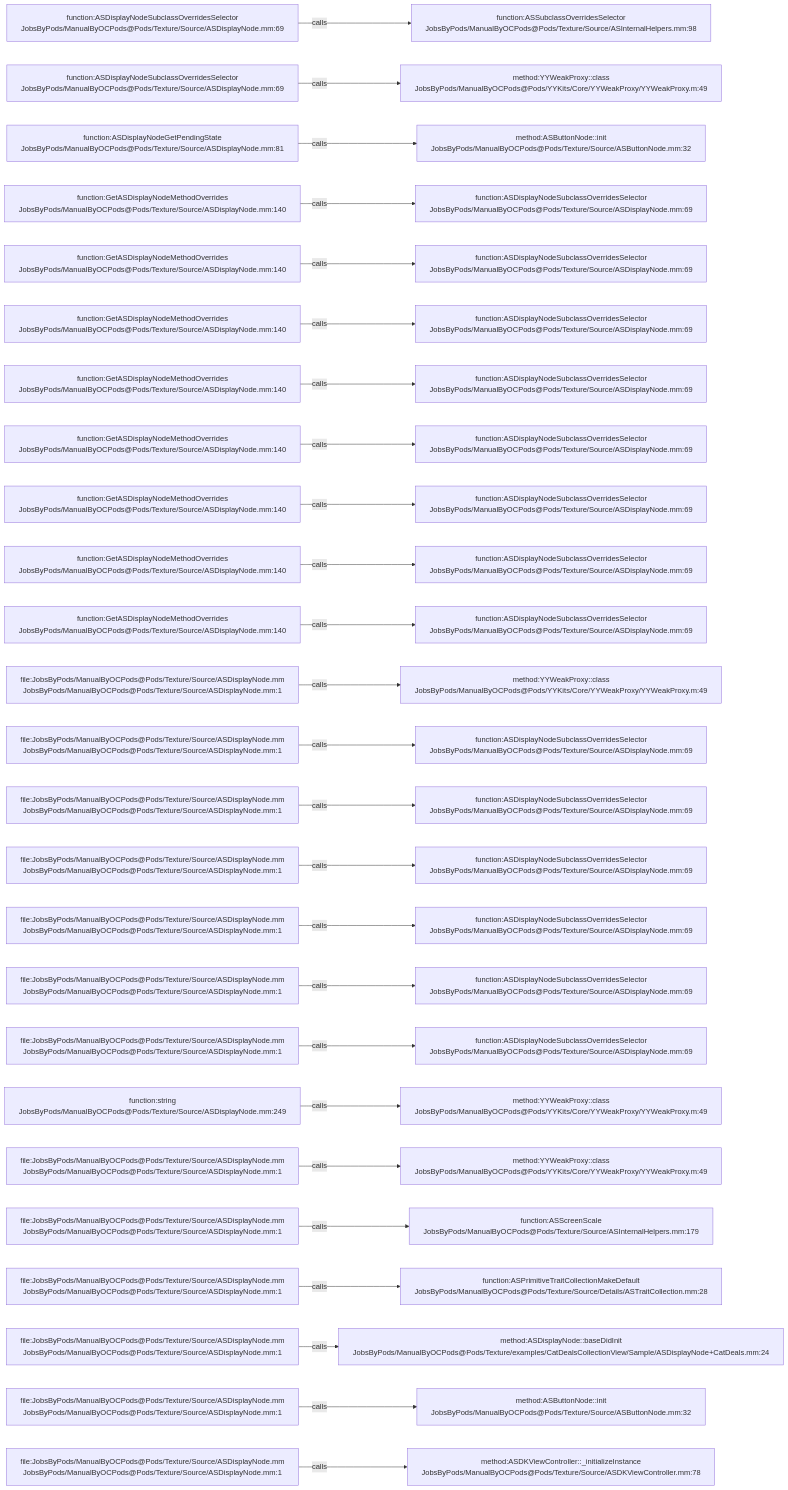
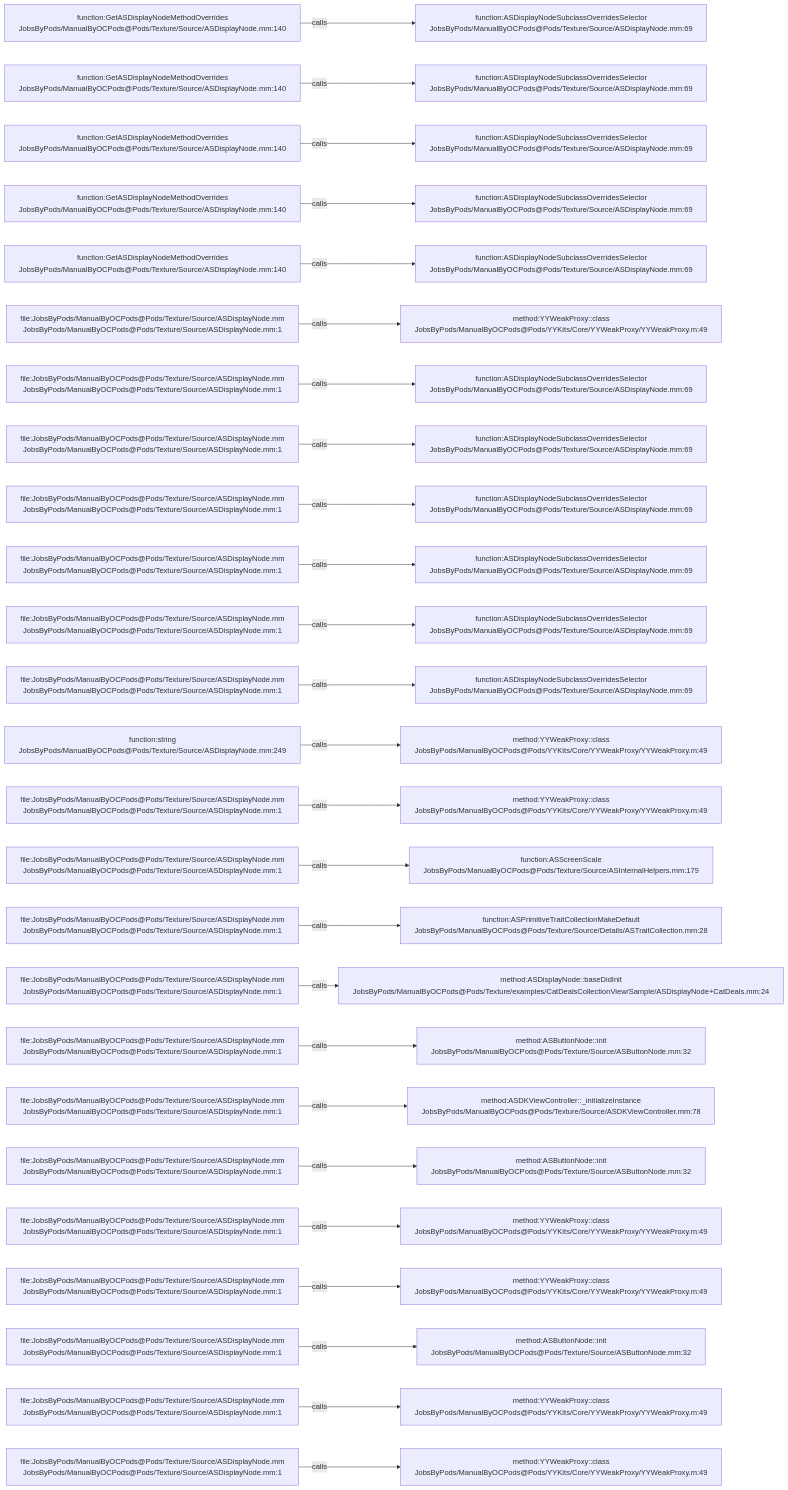
One commit to JobsKits/JobsOCBaseConfigDemo changed the diagram in .codegraph/codegraph.md/graphs/calls-088.md. Above: the diagram before and after it, drawn with Mermaid. The commit also changed 666 other files, not shown here.

````diff
--- a/.codegraph/codegraph.md/graphs/calls-088.md
+++ b/.codegraph/codegraph.md/graphs/calls-088.md
@@ -13,78 +13,78 @@
 ```mermaid
 flowchart LR
-  S1["function:ASDisplayNodeSubclassOverridesSelector<br/>JobsByPods/ManualByOCPods@Pods/Texture/Source/ASDisplayNode.mm:69"]
-  T1["function:ASSubclassOverridesSelector<br/>JobsByPods/ManualByOCPods@Pods/Texture/Source/ASInternalHelpers.mm:98"]
+  S1["function:GetASDisplayNodeMethodOverrides<br/>JobsByPods/ManualByOCPods@Pods/Texture/Source/ASDisplayNode.mm:140"]
+  T1["function:ASDisplayNodeSubclassOverridesSelector<br/>JobsByPods/ManualByOCPods@Pods/Texture/Source/ASDisplayNode.mm:69"]
   S1 -->|calls| T1
-  S2["function:ASDisplayNodeSubclassOverridesSelector<br/>JobsByPods/ManualByOCPods@Pods/Texture/Source/ASDisplayNode.mm:69"]
-  T2["method:YYWeakProxy::class<br/>JobsByPods/ManualByOCPods@Pods/YYKits/Core/YYWeakProxy/YYWeakProxy.m:49"]
+  S2["function:GetASDisplayNodeMethodOverrides<br/>JobsByPods/ManualByOCPods@Pods/Texture/Source/ASDisplayNode.mm:140"]
+  T2["function:ASDisplayNodeSubclassOverridesSelector<br/>JobsByPods/ManualByOCPods@Pods/Texture/Source/ASDisplayNode.mm:69"]
   S2 -->|calls| T2
-  S3["function:ASDisplayNodeGetPendingState<br/>JobsByPods/ManualByOCPods@Pods/Texture/Source/ASDisplayNode.mm:81"]
-  T3["method:ASButtonNode::init<br/>JobsByPods/ManualByOCPods@Pods/Texture/Source/ASButtonNode.mm:32"]
+  S3["function:GetASDisplayNodeMethodOverrides<br/>JobsByPods/ManualByOCPods@Pods/Texture/Source/ASDisplayNode.mm:140"]
+  T3["function:ASDisplayNodeSubclassOverridesSelector<br/>JobsByPods/ManualByOCPods@Pods/Texture/Source/ASDisplayNode.mm:69"]
   S3 -->|calls| T3
   S4["function:GetASDisplayNodeMethodOverrides<br/>JobsByPods/ManualByOCPods@Pods/Texture/Source/ASDisplayNode.mm:140"]
   T4["function:ASDisplayNodeSubclassOverridesSelector<br/>JobsByPods/ManualByOCPods@Pods/Texture/Source/ASDisplayNode.mm:69"]
   S4 -->|calls| T4
   S5["function:GetASDisplayNodeMethodOverrides<br/>JobsByPods/ManualByOCPods@Pods/Texture/Source/ASDisplayNode.mm:140"]
   T5["function:ASDisplayNodeSubclassOverridesSelector<br/>JobsByPods/ManualByOCPods@Pods/Texture/Source/ASDisplayNode.mm:69"]
   S5 -->|calls| T5
-  S6["function:GetASDisplayNodeMethodOverrides<br/>JobsByPods/ManualByOCPods@Pods/Texture/Source/ASDisplayNode.mm:140"]
-  T6["function:ASDisplayNodeSubclassOverridesSelector<br/>JobsByPods/ManualByOCPods@Pods/Texture/Source/ASDisplayNode.mm:69"]
+  S6["file:JobsByPods/ManualByOCPods@Pods/Texture/Source/ASDisplayNode.mm<br/>JobsByPods/ManualByOCPods@Pods/Texture/Source/ASDisplayNode.mm:1"]
+  T6["method:YYWeakProxy::class<br/>JobsByPods/ManualByOCPods@Pods/YYKits/Core/YYWeakProxy/YYWeakProxy.m:49"]
   S6 -->|calls| T6
-  S7["function:GetASDisplayNodeMethodOverrides<br/>JobsByPods/ManualByOCPods@Pods/Texture/Source/ASDisplayNode.mm:140"]
+  S7["file:JobsByPods/ManualByOCPods@Pods/Texture/Source/ASDisplayNode.mm<br/>JobsByPods/ManualByOCPods@Pods/Texture/Source/ASDisplayNode.mm:1"]
   T7["function:ASDisplayNodeSubclassOverridesSelector<br/>JobsByPods/ManualByOCPods@Pods/Texture/Source/ASDisplayNode.mm:69"]
   S7 -->|calls| T7
-  S8["function:GetASDisplayNodeMethodOverrides<br/>JobsByPods/ManualByOCPods@Pods/Texture/Source/ASDisplayNode.mm:140"]
+  S8["file:JobsByPods/ManualByOCPods@Pods/Texture/Source/ASDisplayNode.mm<br/>JobsByPods/ManualByOCPods@Pods/Texture/Source/ASDisplayNode.mm:1"]
   T8["function:ASDisplayNodeSubclassOverridesSelector<br/>JobsByPods/ManualByOCPods@Pods/Texture/Source/ASDisplayNode.mm:69"]
   S8 -->|calls| T8
-  S9["function:GetASDisplayNodeMethodOverrides<br/>JobsByPods/ManualByOCPods@Pods/Texture/Source/ASDisplayNode.mm:140"]
+  S9["file:JobsByPods/ManualByOCPods@Pods/Texture/Source/ASDisplayNode.mm<br/>JobsByPods/ManualByOCPods@Pods/Texture/Source/ASDisplayNode.mm:1"]
   T9["function:ASDisplayNodeSubclassOverridesSelector<br/>JobsByPods/ManualByOCPods@Pods/Texture/Source/ASDisplayNode.mm:69"]
   S9 -->|calls| T9
-  S10["function:GetASDisplayNodeMethodOverrides<br/>JobsByPods/ManualByOCPods@Pods/Texture/Source/ASDisplayNode.mm:140"]
+  S10["file:JobsByPods/ManualByOCPods@Pods/Texture/Source/ASDisplayNode.mm<br/>JobsByPods/ManualByOCPods@Pods/Texture/Source/ASDisplayNode.mm:1"]
   T10["function:ASDisplayNodeSubclassOverridesSelector<br/>JobsByPods/ManualByOCPods@Pods/Texture/Source/ASDisplayNode.mm:69"]
   S10 -->|calls| T10
-  S11["function:GetASDisplayNodeMethodOverrides<br/>JobsByPods/ManualByOCPods@Pods/Texture/Source/ASDisplayNode.mm:140"]
+  S11["file:JobsByPods/ManualByOCPods@Pods/Texture/Source/ASDisplayNode.mm<br/>JobsByPods/ManualByOCPods@Pods/Texture/Source/ASDisplayNode.mm:1"]
   T11["function:ASDisplayNodeSubclassOverridesSelector<br/>JobsByPods/ManualByOCPods@Pods/Texture/Source/ASDisplayNode.mm:69"]
   S11 -->|calls| T11
   S12["file:JobsByPods/ManualByOCPods@Pods/Texture/Source/ASDisplayNode.mm<br/>JobsByPods/ManualByOCPods@Pods/Texture/Source/ASDisplayNode.mm:1"]
-  T12["method:YYWeakProxy::class<br/>JobsByPods/ManualByOCPods@Pods/YYKits/Core/YYWeakProxy/YYWeakProxy.m:49"]
+  T12["function:ASDisplayNodeSubclassOverridesSelector<br/>JobsByPods/ManualByOCPods@Pods/Texture/Source/ASDisplayNode.mm:69"]
   S12 -->|calls| T12
-  S13["file:JobsByPods/ManualByOCPods@Pods/Texture/Source/ASDisplayNode.mm<br/>JobsByPods/ManualByOCPods@Pods/Texture/Source/ASDisplayNode.mm:1"]
-  T13["function:ASDisplayNodeSubclassOverridesSelector<br/>JobsByPods/ManualByOCPods@Pods/Texture/Source/ASDisplayNode.mm:69"]
+  S13["function:string<br/>JobsByPods/ManualByOCPods@Pods/Texture/Source/ASDisplayNode.mm:249"]
+  T13["method:YYWeakProxy::class<br/>JobsByPods/ManualByOCPods@Pods/YYKits/Core/YYWeakProxy/YYWeakProxy.m:49"]
   S13 -->|calls| T13
   S14["file:JobsByPods/ManualByOCPods@Pods/Texture/Source/ASDisplayNode.mm<br/>JobsByPods/ManualByOCPods@Pods/Texture/Source/ASDisplayNode.mm:1"]
-  T14["function:ASDisplayNodeSubclassOverridesSelector<br/>JobsByPods/ManualByOCPods@Pods/Texture/Source/ASDisplayNode.mm:69"]
+  T14["method:YYWeakProxy::class<br/>JobsByPods/ManualByOCPods@Pods/YYKits/Core/YYWeakProxy/YYWeakProxy.m:49"]
   S14 -->|calls| T14
   S15["file:JobsByPods/ManualByOCPods@Pods/Texture/Source/ASDisplayNode.mm<br/>JobsByPods/ManualByOCPods@Pods/Texture/Source/ASDisplayNode.mm:1"]
-  T15["function:ASDisplayNodeSubclassOverridesSelector<br/>JobsByPods/ManualByOCPods@Pods/Texture/Source/ASDisplayNode.mm:69"]
+  T15["function:ASScreenScale<br/>JobsByPods/ManualByOCPods@Pods/Texture/Source/ASInternalHelpers.mm:179"]
   S15 -->|calls| T15
   S16["file:JobsByPods/ManualByOCPods@Pods/Texture/Source/ASDisplayNode.mm<br/>JobsByPods/ManualByOCPods@Pods/Texture/Source/ASDisplayNode.mm:1"]
-  T16["function:ASDisplayNodeSubclassOverridesSelector<br/>JobsByPods/ManualByOCPods@Pods/Texture/Source/ASDisplayNode.mm:69"]
+  T16["function:ASPrimitiveTraitCollectionMakeDefault<br/>JobsByPods/ManualByOCPods@Pods/Texture/Source/Details/ASTraitCollection.mm:28"]
   S16 -->|calls| T16
   S17["file:JobsByPods/ManualByOCPods@Pods/Texture/Source/ASDisplayNode.mm<br/>JobsByPods/ManualByOCPods@Pods/Texture/Source/ASDisplayNode.mm:1"]
-  T17["function:ASDisplayNodeSubclassOverridesSelector<br/>JobsByPods/ManualByOCPods@Pods/Texture/Source/ASDisplayNode.mm:69"]
+  T17["method:ASDisplayNode::baseDidInit<br/>JobsByPods/ManualByOCPods@Pods/Texture/examples/CatDealsCollectionView/Sample/ASDisplayNode+CatDeals.mm:24"]
   S17 -->|calls| T17
   S18["file:JobsByPods/ManualByOCPods@Pods/Texture/Source/ASDisplayNode.mm<br/>JobsByPods/ManualByOCPods@Pods/Texture/Source/ASDisplayNode.mm:1"]
-  T18["function:ASDisplayNodeSubclassOverridesSelector<br/>JobsByPods/ManualByOCPods@Pods/Texture/Source/ASDisplayNode.mm:69"]
+  T18["method:ASButtonNode::init<br/>JobsByPods/ManualByOCPods@Pods/Texture/Source/ASButtonNode.mm:32"]
   S18 -->|calls| T18
-  S19["function:string<br/>JobsByPods/ManualByOCPods@Pods/Texture/Source/ASDisplayNode.mm:249"]
-  T19["method:YYWeakProxy::class<br/>JobsByPods/ManualByOCPods@Pods/YYKits/Core/YYWeakProxy/YYWeakProxy.m:49"]
+  S19["file:JobsByPods/ManualByOCPods@Pods/Texture/Source/ASDisplayNode.mm<br/>JobsByPods/ManualByOCPods@Pods/Texture/Source/ASDisplayNode.mm:1"]
+  T19["method:ASDKViewController::_initializeInstance<br/>JobsByPods/ManualByOCPods@Pods/Texture/Source/ASDKViewController.mm:78"]
   S19 -->|calls| T19
   S20["file:JobsByPods/ManualByOCPods@Pods/Texture/Source/ASDisplayNode.mm<br/>JobsByPods/ManualByOCPods@Pods/Texture/Source/ASDisplayNode.mm:1"]
-  T20["method:YYWeakProxy::class<br/>JobsByPods/ManualByOCPods@Pods/YYKits/Core/YYWeakProxy/YYWeakProxy.m:49"]
+  T20["method:ASButtonNode::init<br/>JobsByPods/ManualByOCPods@Pods/Texture/Source/ASButtonNode.mm:32"]
   S20 -->|calls| T20
   S21["file:JobsByPods/ManualByOCPods@Pods/Texture/Source/ASDisplayNode.mm<br/>JobsByPods/ManualByOCPods@Pods/Texture/Source/ASDisplayNode.mm:1"]
-  T21["function:ASScreenScale<br/>JobsByPods/ManualByOCPods@Pods/Texture/Source/ASInternalHelpers.mm:179"]
+  T21["method:YYWeakProxy::class<br/>JobsByPods/ManualByOCPods@Pods/YYKits/Core/YYWeakProxy/YYWeakProxy.m:49"]
   S21 -->|calls| T21
   S22["file:JobsByPods/ManualByOCPods@Pods/Texture/Source/ASDisplayNode.mm<br/>JobsByPods/ManualByOCPods@Pods/Texture/Source/ASDisplayNode.mm:1"]
-  T22["function:ASPrimitiveTraitCollectionMakeDefault<br/>JobsByPods/ManualByOCPods@Pods/Texture/Source/Details/ASTraitCollection.mm:28"]
+  T22["method:YYWeakProxy::class<br/>JobsByPods/ManualByOCPods@Pods/YYKits/Core/YYWeakProxy/YYWeakProxy.m:49"]
   S22 -->|calls| T22
   S23["file:JobsByPods/ManualByOCPods@Pods/Texture/Source/ASDisplayNode.mm<br/>JobsByPods/ManualByOCPods@Pods/Texture/Source/ASDisplayNode.mm:1"]
-  T23["method:ASDisplayNode::baseDidInit<br/>JobsByPods/ManualByOCPods@Pods/Texture/examples/CatDealsCollectionView/Sample/ASDisplayNode+CatDeals.mm:24"]
+  T23["method:ASButtonNode::init<br/>JobsByPods/ManualByOCPods@Pods/Texture/Source/ASButtonNode.mm:32"]
   S23 -->|calls| T23
   S24["file:JobsByPods/ManualByOCPods@Pods/Texture/Source/ASDisplayNode.mm<br/>JobsByPods/ManualByOCPods@Pods/Texture/Source/ASDisplayNode.mm:1"]
-  T24["method:ASButtonNode::init<br/>JobsByPods/ManualByOCPods@Pods/Texture/Source/ASButtonNode.mm:32"]
+  T24["method:YYWeakProxy::class<br/>JobsByPods/ManualByOCPods@Pods/YYKits/Core/YYWeakProxy/YYWeakProxy.m:49"]
   S24 -->|calls| T24
   S25["file:JobsByPods/ManualByOCPods@Pods/Texture/Source/ASDisplayNode.mm<br/>JobsByPods/ManualByOCPods@Pods/Texture/Source/ASDisplayNode.mm:1"]
-  T25["method:ASDKViewController::_initializeInstance<br/>JobsByPods/ManualByOCPods@Pods/Texture/Source/ASDKViewController.mm:78"]
+  T25["method:YYWeakProxy::class<br/>JobsByPods/ManualByOCPods@Pods/YYKits/Core/YYWeakProxy/YYWeakProxy.m:49"]
   S25 -->|calls| T25
 ```
````
